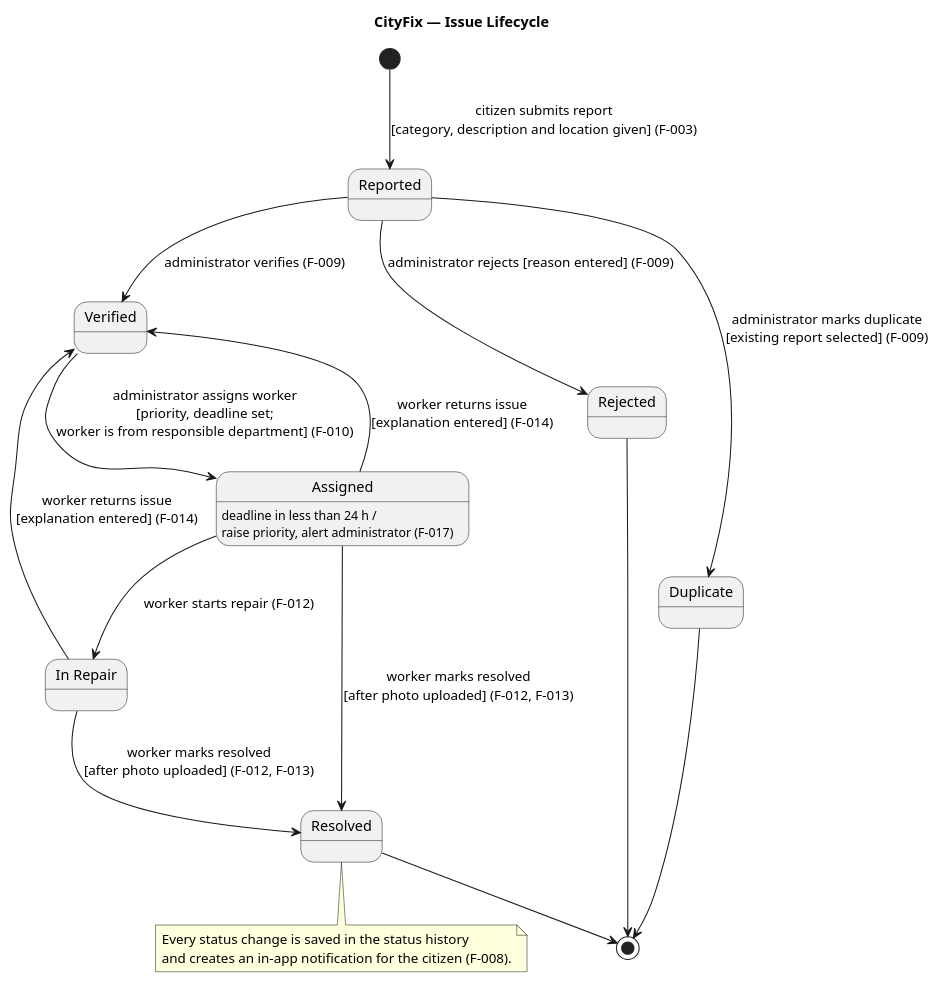
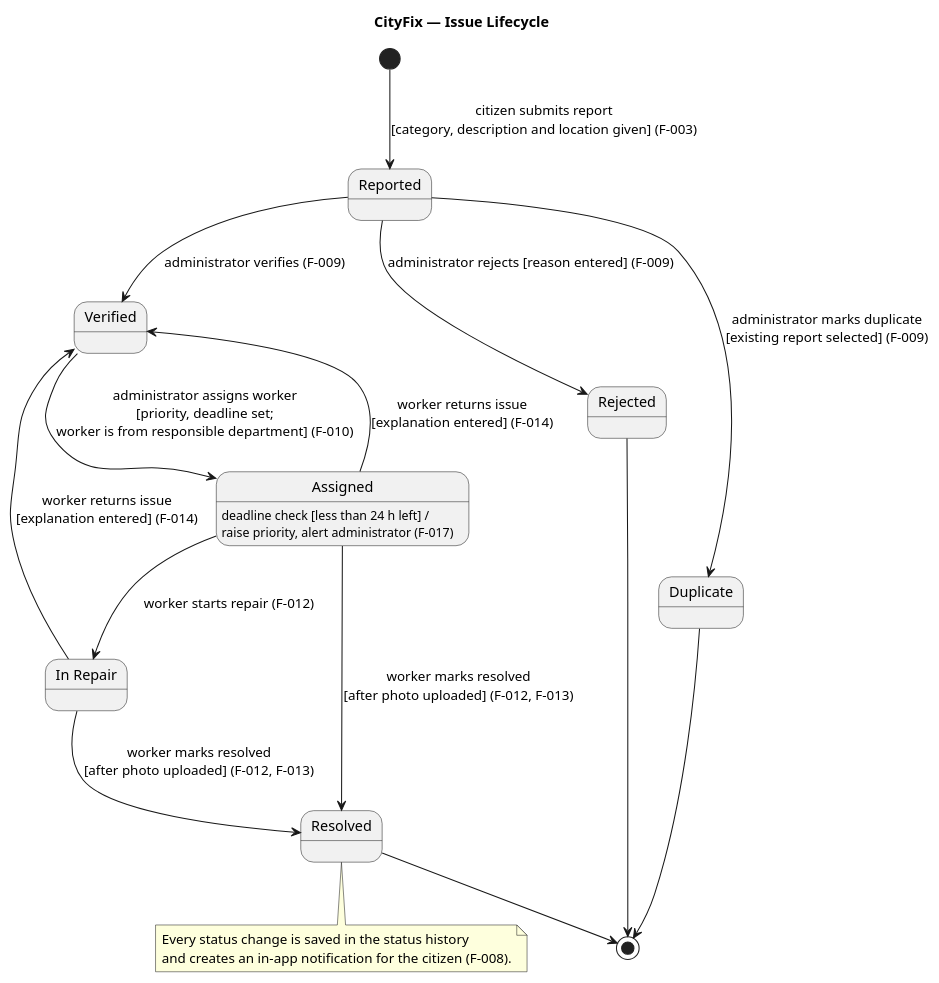
The diagram in docs/puml/state_issue_lifecycle.puml (T3-Dev-Team/T3-Development), drawn with PlantUML before and after one commit. The commit also changed 21 other files, not shown here.

Commit message:
docs diagrams update

```diff
--- a/docs/puml/state_issue_lifecycle.puml
+++ b/docs/puml/state_issue_lifecycle.puml
@@ -1,38 +1,38 @@
 @startuml state_issue_lifecycle
 title CityFix — Issue Lifecycle
 skinparam shadowing false
 
 state "Reported" as Reported
 state "Verified" as Verified
 state "Rejected" as Rejected
 state "Duplicate" as Duplicate
 state "Assigned" as Assigned
 state "In Repair" as InRepair
 state "Resolved" as Resolved
 
 [*] --> Reported : citizen submits report\n[category, description and location given] (F-003)
 
 Reported --> Verified : administrator verifies (F-009)
 Reported --> Rejected : administrator rejects [reason entered] (F-009)
 Reported --> Duplicate : administrator marks duplicate\n[existing report selected] (F-009)
 
 Verified --> Assigned : administrator assigns worker\n[priority, deadline set;\nworker is from responsible department] (F-010)
 
 Assigned --> InRepair : worker starts repair (F-012)
 Assigned --> Resolved : worker marks resolved\n[after photo uploaded] (F-012, F-013)
 InRepair --> Resolved : worker marks resolved\n[after photo uploaded] (F-012, F-013)
 
 Assigned --> Verified : worker returns issue\n[explanation entered] (F-014)
 InRepair --> Verified : worker returns issue\n[explanation entered] (F-014)
 
-Assigned : deadline in less than 24 h /\nraise priority, alert administrator (F-017)
+Assigned : deadline check [less than 24 h left] /\nraise priority, alert administrator (F-017)
 
 Rejected --> [*]
 Duplicate --> [*]
 Resolved --> [*]
 
 note bottom of Resolved
   Every status change is saved in the status history
   and creates an in-app notification for the citizen (F-008).
 end note
 @enduml
```
